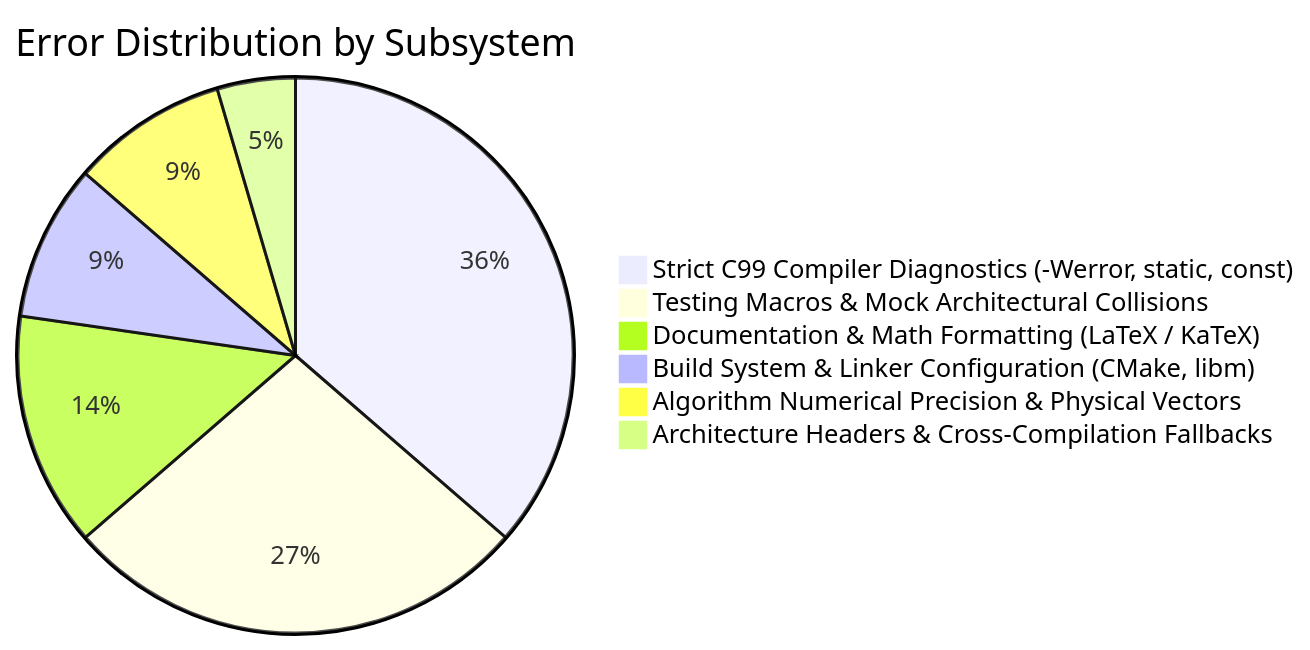
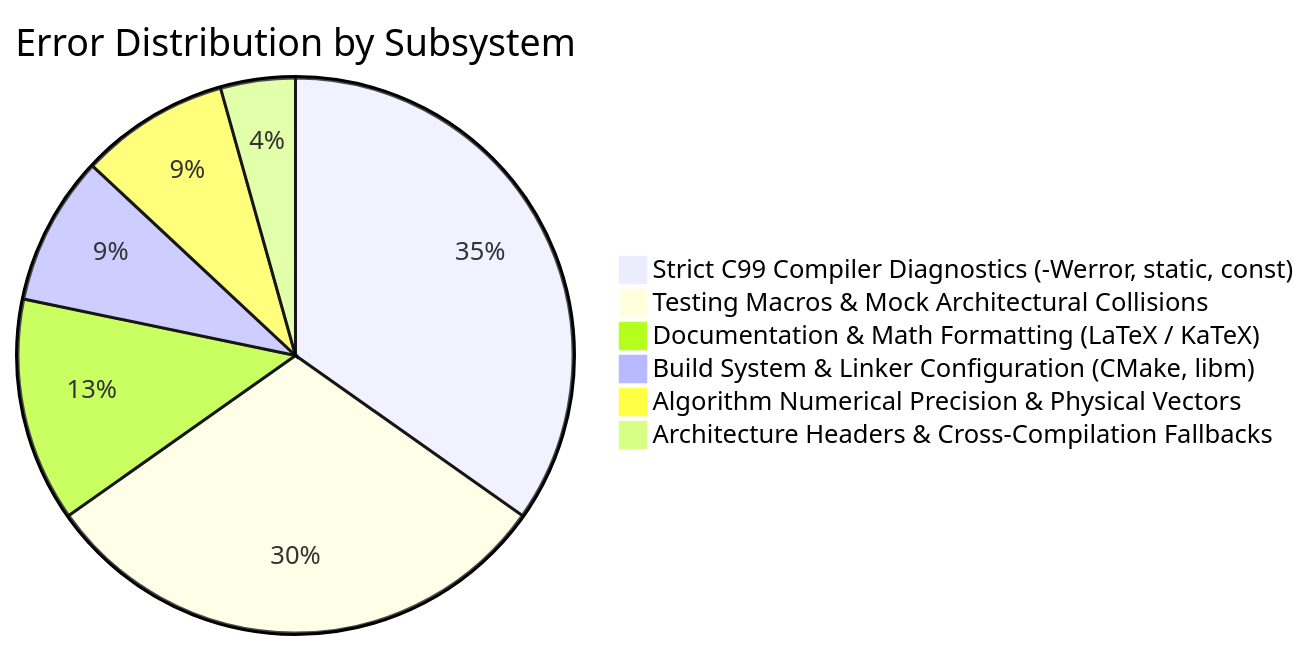
The diagram in context/errors/README.md (Thejus26/rain-predict), drawn with Mermaid before and after one commit. The commit also changed other lines of this file and 2 other files, not shown here.

Commit message:
fix(power): resolve ERR-023 synchronize low battery sleep timing assertions in test_power_mgr

````diff
--- a/context/errors/README.md
+++ b/context/errors/README.md
@@ -38,9 +39,9 @@
 ```mermaid
 pie title Error Distribution by Subsystem
     "Strict C99 Compiler Diagnostics (-Werror, static, const)" : 8
-    "Testing Macros & Mock Architectural Collisions" : 6
+    "Testing Macros & Mock Architectural Collisions" : 7
     "Documentation & Math Formatting (LaTeX / KaTeX)" : 3
     "Build System & Linker Configuration (CMake, libm)" : 2
     "Algorithm Numerical Precision & Physical Vectors" : 2
     "Architecture Headers & Cross-Compilation Fallbacks" : 1
 ```
````
